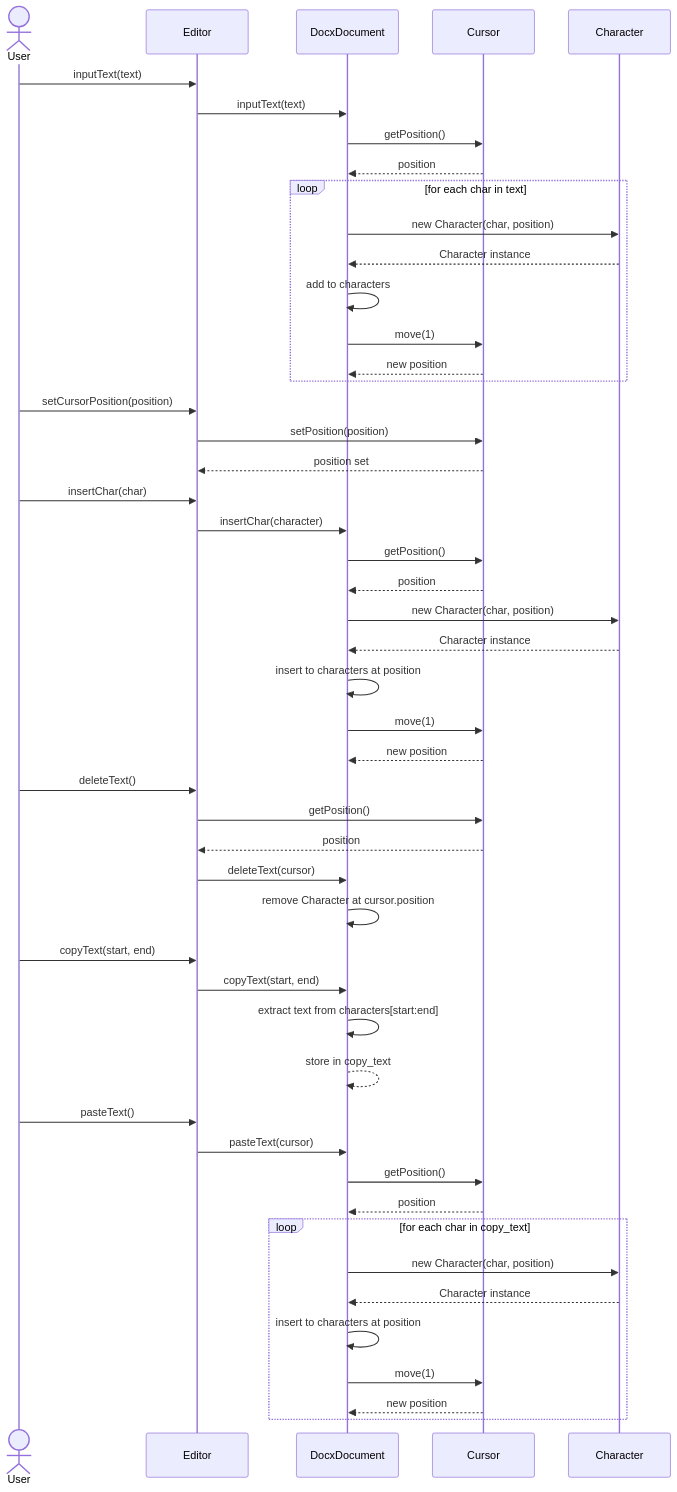
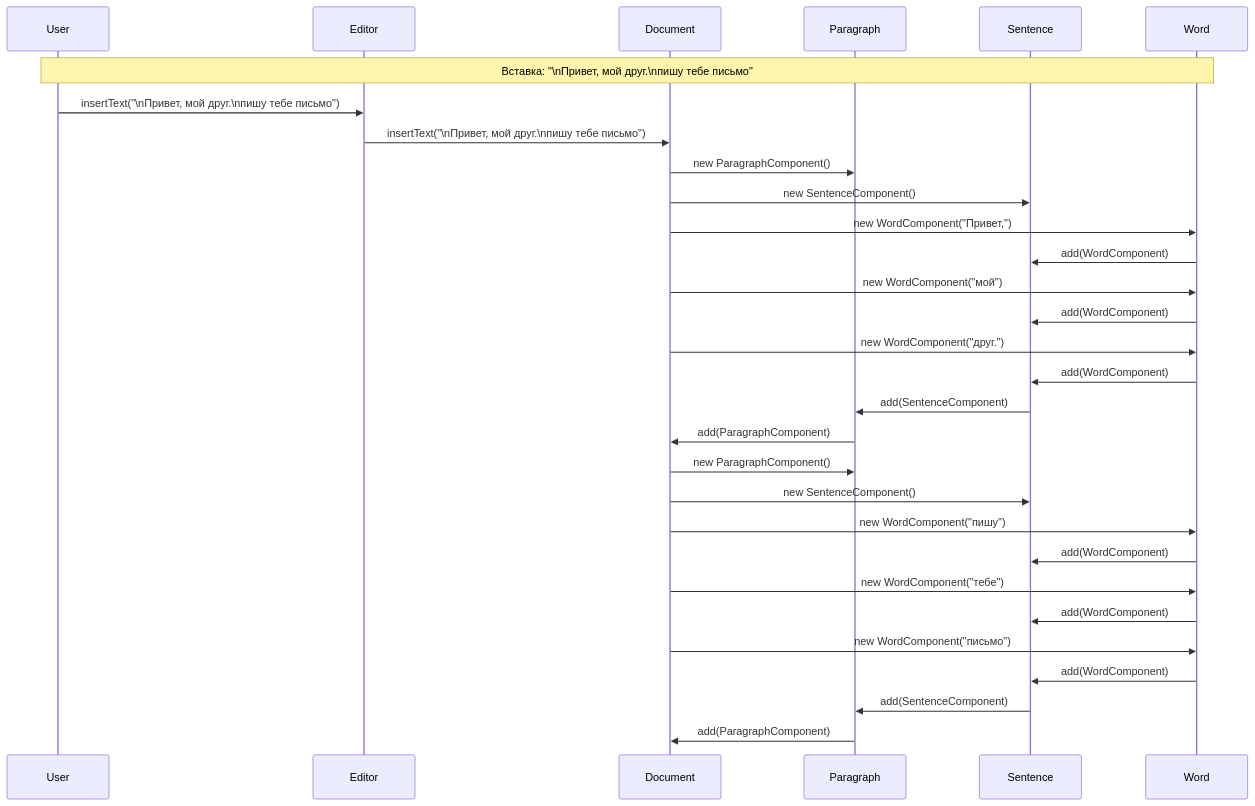
One commit to penamarth/bsbo-16-23_team5_var11_textedit changed the diagram in Документация/Преценденты/Редактирование текста/Диаграмма последовательностей.md. Above: the diagram before and after it, drawn with Mermaid.

Commit message:
Update Диаграмма последовательностей.md

````diff
--- a/Документация/Преценденты/Редактирование текста/Диаграмма последовательностей.md
+++ b/Документация/Преценденты/Редактирование текста/Диаграмма последовательностей.md
@@ -3,57 +3,36 @@
 ```mermaid
 sequenceDiagram
-    actor User
+    participant User
     participant Editor
-    participant DocxDocument
-    participant Cursor
-    participant Character
+    participant Document
+    participant Paragraph
+    participant Sentence
+    participant Word
 
-    User->>Editor: inputText(text)
-    Editor->>DocxDocument: inputText(text)
-    DocxDocument->>Cursor: getPosition()
-    Cursor-->>DocxDocument: position
-    loop for each char in text
-        DocxDocument->>Character: new Character(char, position)
-        Character-->>DocxDocument: Character instance
-        DocxDocument->>DocxDocument: add to characters
-        DocxDocument->>Cursor: move(1)
-        Cursor-->>DocxDocument: new position
-    end
+    Note over User,Word: Вставка: "\nПривет, мой друг.\nпишу тебе письмо"
+    User->>Editor: insertText("\nПривет, мой друг.\nпишу тебе письмо")
+    Editor->>Document: insertText("\nПривет, мой друг.\nпишу тебе письмо")
+    
+    Document->>Paragraph: new ParagraphComponent()
+    Document->>Sentence: new SentenceComponent()
+    Document->>Word: new WordComponent("Привет,")
+    Word->>Sentence: add(WordComponent)
+    Document->>Word: new WordComponent("мой")
+    Word->>Sentence: add(WordComponent)
+    Document->>Word: new WordComponent("друг.")
+    Word->>Sentence: add(WordComponent)
+    Sentence->>Paragraph: add(SentenceComponent)
+    Paragraph->>Document: add(ParagraphComponent)
+    
+    Document->>Paragraph: new ParagraphComponent()
+    Document->>Sentence: new SentenceComponent()
+    Document->>Word: new WordComponent("пишу")
+    Word->>Sentence: add(WordComponent)
+    Document->>Word: new WordComponent("тебе")
+    Word->>Sentence: add(WordComponent)
+    Document->>Word: new WordComponent("письмо")
+    Word->>Sentence: add(WordComponent)
+    Sentence->>Paragraph: add(SentenceComponent)
+    Paragraph->>Document: add(ParagraphComponent)
 
-    User->>Editor: setCursorPosition(position)
-    Editor->>Cursor: setPosition(position)
-    Cursor-->>Editor: position set
-
-    User->>Editor: insertChar(char)
-    Editor->>DocxDocument: insertChar(character)
-    DocxDocument->>Cursor: getPosition()
-    Cursor-->>DocxDocument: position
-    DocxDocument->>Character: new Character(char, position)
-    Character-->>DocxDocument: Character instance
-    DocxDocument->>DocxDocument: insert to characters at position
-    DocxDocument->>Cursor: move(1)
-    Cursor-->>DocxDocument: new position
-
-    User->>Editor: deleteText()
-    Editor->>Cursor: getPosition()
-    Cursor-->>Editor: position
-    Editor->>DocxDocument: deleteText(cursor)
-    DocxDocument->>DocxDocument: remove Character at cursor.position
-
-    User->>Editor: copyText(start, end)
-    Editor->>DocxDocument: copyText(start, end)
-    DocxDocument->>DocxDocument: extract text from characters[start:end]
-    DocxDocument-->>DocxDocument: store in copy_text
-
-    User->>Editor: pasteText()
-    Editor->>DocxDocument: pasteText(cursor)
-    DocxDocument->>Cursor: getPosition()
-    Cursor-->>DocxDocument: position
-    loop for each char in copy_text
-        DocxDocument->>Character: new Character(char, position)
-        Character-->>DocxDocument: Character instance
-        DocxDocument->>DocxDocument: insert to characters at position
-        DocxDocument->>Cursor: move(1)
-        Cursor-->>DocxDocument: new position
-    end
 ```
````
